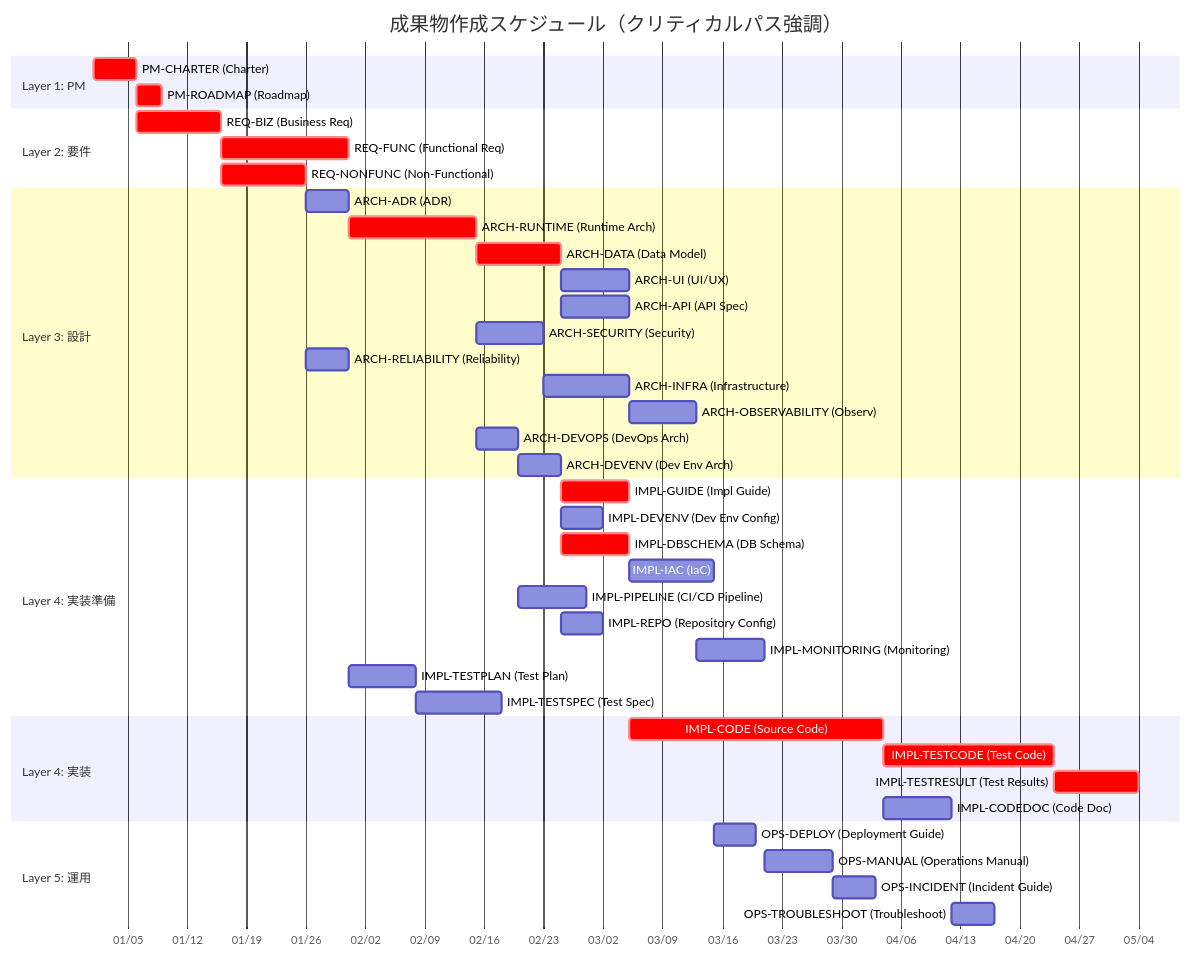
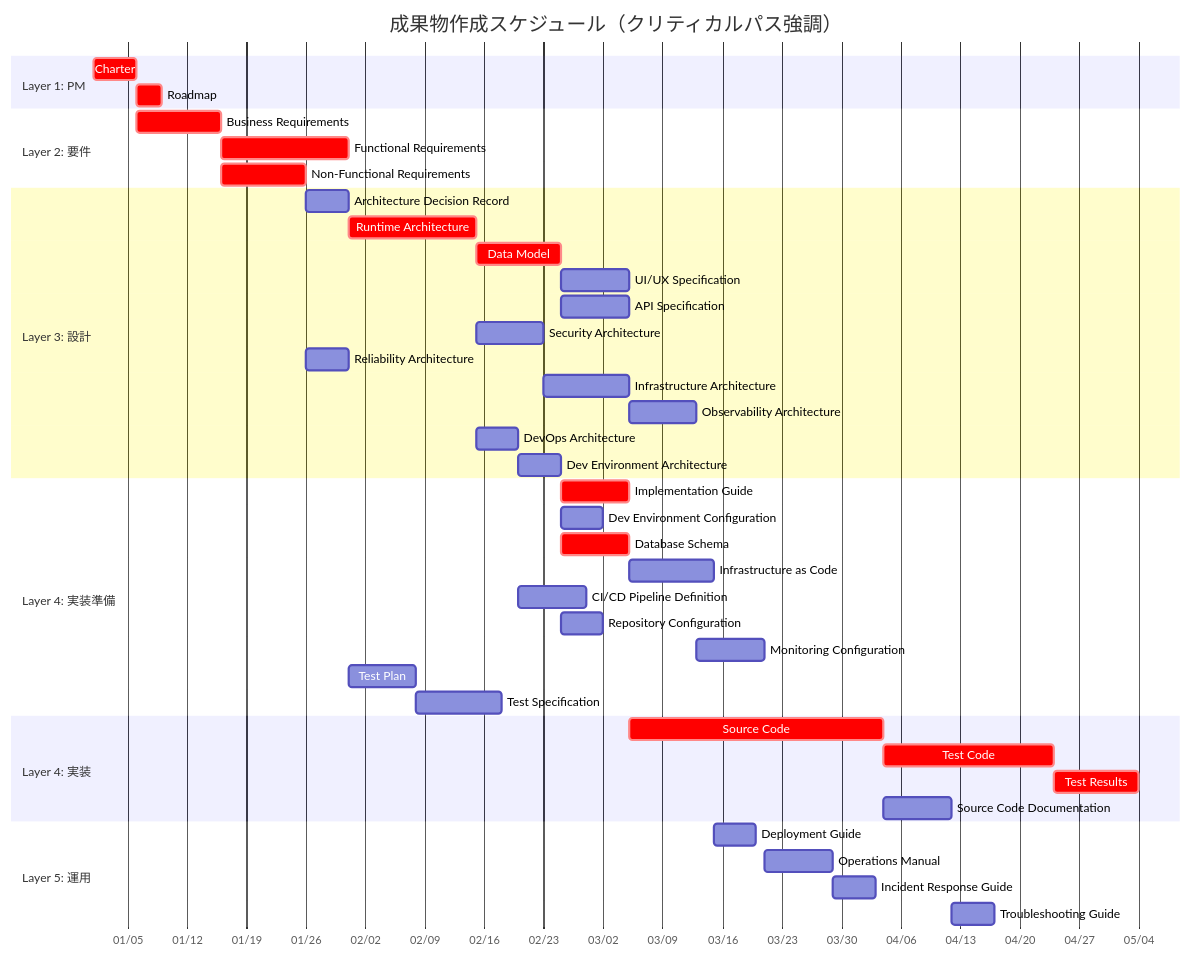
One commit to mahitotsu/ukiyoue changed the third of 3 diagrams in specs/artifact-taxonomy.md. Above: the diagram before and after it, drawn with Mermaid.

First paragraph of the commit message:
fix(taxonomy): fix Mermaid syntax error and standardize Gantt task names
Problems:
1. Mermaid parse error: Missing blank line after closing ``` fence
   - Error: "Expecting 'taskData', got ':'"
   - Cause: Text immediately following ``` without blank line separator

````diff
--- a/specs/artifact-taxonomy.md
+++ b/specs/artifact-taxonomy.md
@@ -957,51 +957,51 @@
 ```mermaid
 gantt
     title 成果物作成スケジュール（クリティカルパス強調）
     dateFormat YYYY-MM-DD
     axisFormat %m/%d
 
     section Layer 1: PM
-    PM-CHARTER (Charter)           :crit, charter, 2025-01-01, 5d
-    PM-ROADMAP (Roadmap)          :crit, roadmap, after charter, 3d
+    Charter                       :crit, charter, 2025-01-01, 5d
+    Roadmap                       :crit, roadmap, after charter, 3d
 
     section Layer 2: 要件
-    REQ-BIZ (Business Req)        :crit, biz, after charter, 10d
-    REQ-FUNC (Functional Req)     :crit, func, after biz, 15d
-    REQ-NONFUNC (Non-Functional)  :crit, nonfunc, after biz, 10d
+    Business Requirements         :crit, biz, after charter, 10d
+    Functional Requirements       :crit, func, after biz, 15d
+    Non-Functional Requirements   :crit, nonfunc, after biz, 10d
 
     section Layer 3: 設計
-    ARCH-ADR (ADR)                :adr, after nonfunc, 5d
-    ARCH-RUNTIME (Runtime Arch)   :crit, runtime, after nonfunc adr, 15d
-    ARCH-DATA (Data Model)        :crit, datamodel, after func runtime, 10d
-    ARCH-UI (UI/UX)               :ui, after func datamodel, 8d
-    ARCH-API (API Spec)           :api, after runtime datamodel, 8d
-    ARCH-SECURITY (Security)      :security, after nonfunc runtime, 8d
-    ARCH-RELIABILITY (Reliability):reliability, after nonfunc, 5d
-    ARCH-INFRA (Infrastructure)   :infra, after reliability runtime security, 10d
-    ARCH-OBSERVABILITY (Observ)   :observ, after runtime infra reliability, 8d
-    ARCH-DEVOPS (DevOps Arch)     :devops, after runtime, 5d
-    ARCH-DEVENV (Dev Env Arch)    :devenv, after runtime devops, 5d
+    Architecture Decision Record  :adr, after nonfunc, 5d
+    Runtime Architecture          :crit, runtime, after nonfunc adr, 15d
+    Data Model                    :crit, datamodel, after func runtime, 10d
+    UI/UX Specification           :ui, after func datamodel, 8d
+    API Specification             :api, after runtime datamodel, 8d
+    Security Architecture         :security, after nonfunc runtime, 8d
+    Reliability Architecture      :reliability, after nonfunc, 5d
+    Infrastructure Architecture   :infra, after reliability runtime security, 10d
+    Observability Architecture    :observ, after runtime infra reliability, 8d
+    DevOps Architecture           :devops, after runtime, 5d
+    Dev Environment Architecture  :devenv, after runtime devops, 5d
 
     section Layer 4: 実装準備
-    IMPL-GUIDE (Impl Guide)       :crit, implguide, after runtime security devenv devops, 8d
-    IMPL-DEVENV (Dev Env Config)  :devenvconf, after devenv, 5d
-    IMPL-DBSCHEMA (DB Schema)     :crit, dbschema, after datamodel, 8d
-    IMPL-IAC (IaC)                :iac, after infra, 10d
-    IMPL-PIPELINE (CI/CD Pipeline):pipeline, after devops, 8d
-    IMPL-REPO (Repository Config) :repo, after devops devenv, 5d
-    IMPL-MONITORING (Monitoring)  :monitoring, after observ, 8d
-    IMPL-TESTPLAN (Test Plan)     :testplan, after func nonfunc, 8d
-    IMPL-TESTSPEC (Test Spec)     :testspec, after testplan func, 10d
+    Implementation Guide          :crit, implguide, after runtime security devenv devops, 8d
+    Dev Environment Configuration :devenvconf, after devenv, 5d
+    Database Schema               :crit, dbschema, after datamodel, 8d
+    Infrastructure as Code        :iac, after infra, 10d
+    CI/CD Pipeline Definition     :pipeline, after devops, 8d
+    Repository Configuration      :repo, after devops devenv, 5d
+    Monitoring Configuration      :monitoring, after observ, 8d
+    Test Plan                     :testplan, after func nonfunc, 8d
+    Test Specification            :testspec, after testplan func, 10d
 
     section Layer 4: 実装
-    IMPL-CODE (Source Code)       :crit, code, after func implguide ui api dbschema, 30d
-    IMPL-TESTCODE (Test Code)     :crit, testcode, after testspec code, 20d
-    IMPL-TESTRESULT (Test Results):crit, testresult, after testcode, 10d
-    IMPL-CODEDOC (Code Doc)       :codedoc, after code, 8d
+    Source Code                   :crit, code, after func implguide ui api dbschema, 30d
+    Test Code                     :crit, testcode, after testspec code, 20d
+    Test Results                  :crit, testresult, after testcode, 10d
+    Source Code Documentation     :codedoc, after code, 8d
 
     section Layer 5: 運用
-    OPS-DEPLOY (Deployment Guide) :deploy, after iac pipeline, 5d
-    OPS-MANUAL (Operations Manual):manual, after deploy monitoring, 8d
-    OPS-INCIDENT (Incident Guide) :incident, after observ manual, 5d
-    OPS-TROUBLESHOOT (Troubleshoot):trouble, after codedoc incident, 5d
+    Deployment Guide              :deploy, after iac pipeline, 5d
+    Operations Manual             :manual, after deploy monitoring, 8d
+    Incident Response Guide       :incident, after observ manual, 5d
+    Troubleshooting Guide         :trouble, after codedoc incident, 5d
 ```
````
